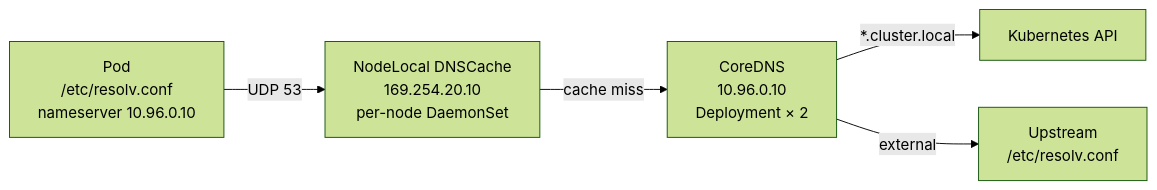
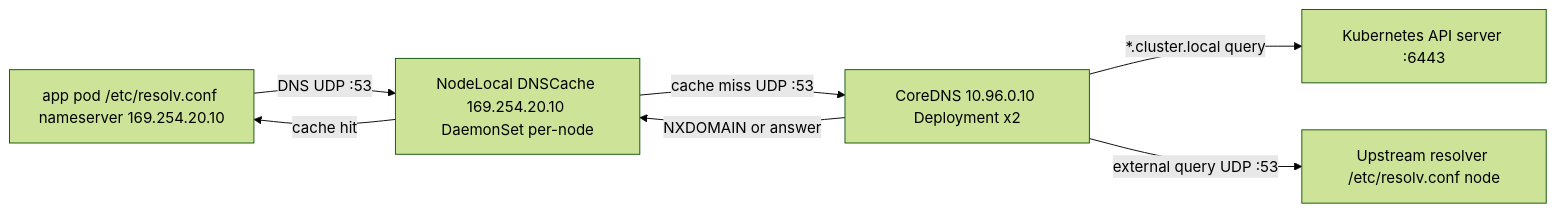
The first of 2 diagrams in lessons/14-coredns-service-discovery.md (MykolaLebid/Kubernetes_networking_engineering), drawn with Mermaid (forest theme) before and after one commit. The commit also changed other lines of this file and 35 other files, not shown here.

First line of the commit message:
Restructure all 34 lessons: Theory/Practice split, richer diagrams, industry examples, navigation

````diff
--- a/lessons/14-coredns-service-discovery.md
+++ b/lessons/14-coredns-service-discovery.md
@@ -25,7 +16,9 @@
 ```mermaid
 graph LR
-    P[Pod\n/etc/resolv.conf\nnameserver 10.96.0.10] -->|UDP 53| NLD[NodeLocal DNSCache\n169.254.20.10\nper-node DaemonSet]
-    NLD -->|cache miss| CD[CoreDNS\n10.96.0.10\nDeployment × 2]
-    CD -->|*.cluster.local| K8S[Kubernetes API]
-    CD -->|external| UP[Upstream\n/etc/resolv.conf]
+    P["app pod /etc/resolv.conf nameserver 169.254.20.10"] --"DNS UDP :53"--> NLD["NodeLocal DNSCache 169.254.20.10 DaemonSet per-node"]
+    NLD --"cache miss UDP :53"--> CD["CoreDNS 10.96.0.10 Deployment x2"]
+    CD --"*.cluster.local query"--> K8S["Kubernetes API server :6443"]
+    CD --"external query UDP :53"--> UP["Upstream resolver /etc/resolv.conf node"]
+    NLD --"cache hit"--> P
+    CD --"NXDOMAIN or answer"--> NLD
 ```
````
